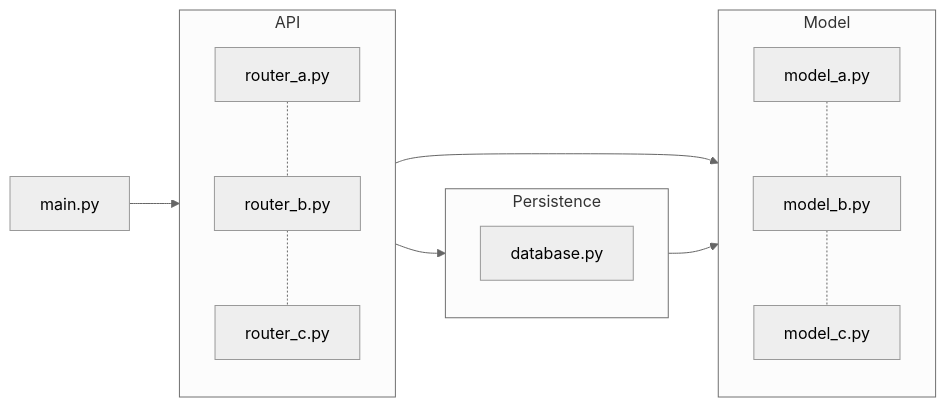
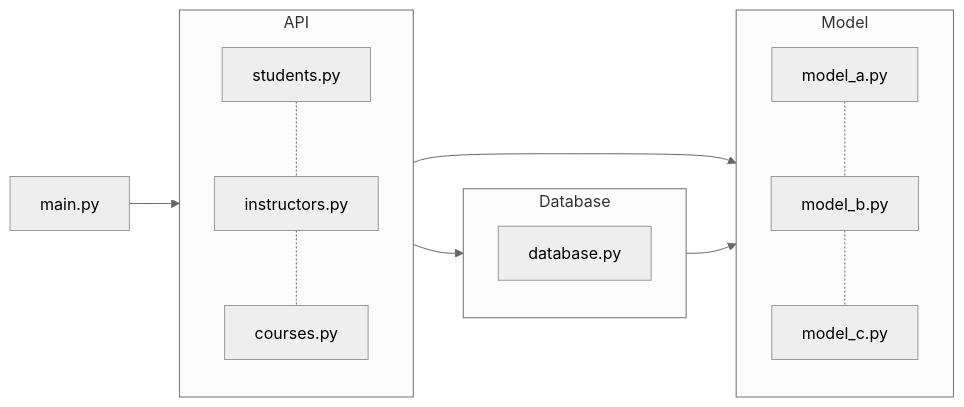
One commit to f-lab-edu/LessonLink changed the diagram in README.md. Above: the diagram before and after it, drawn with Mermaid (neutral theme).

Commit message:
readme 수정

````diff
--- a/README.md
+++ b/README.md
@@ -103,25 +103,25 @@
 ```mermaid
 flowchart LR
     subgraph "API"
         direction TB
-        router_a["router_a.py"]
-        router_b["router_b.py"]
-        router_c["router_c.py"]
+        router_a["students.py"]
+        router_b["instructors.py"]
+        router_c["courses.py"]
         router_a -.- router_b -.- router_c
     end
     subgraph "Model"
         direction TB
         model_a["model_a.py"]
         model_b["model_b.py"]
         model_c["model_c.py"]
         model_a -.- model_b -.- model_c
     end
-    subgraph "Persistence"
+    subgraph "Database"
         direction TB
         database["database.py"]
     end
     main.py --> API
     API --> Model
-    API --> Persistence
-    Persistence --> Model
+    API --> Database
+    Database --> Model
 ```
````
